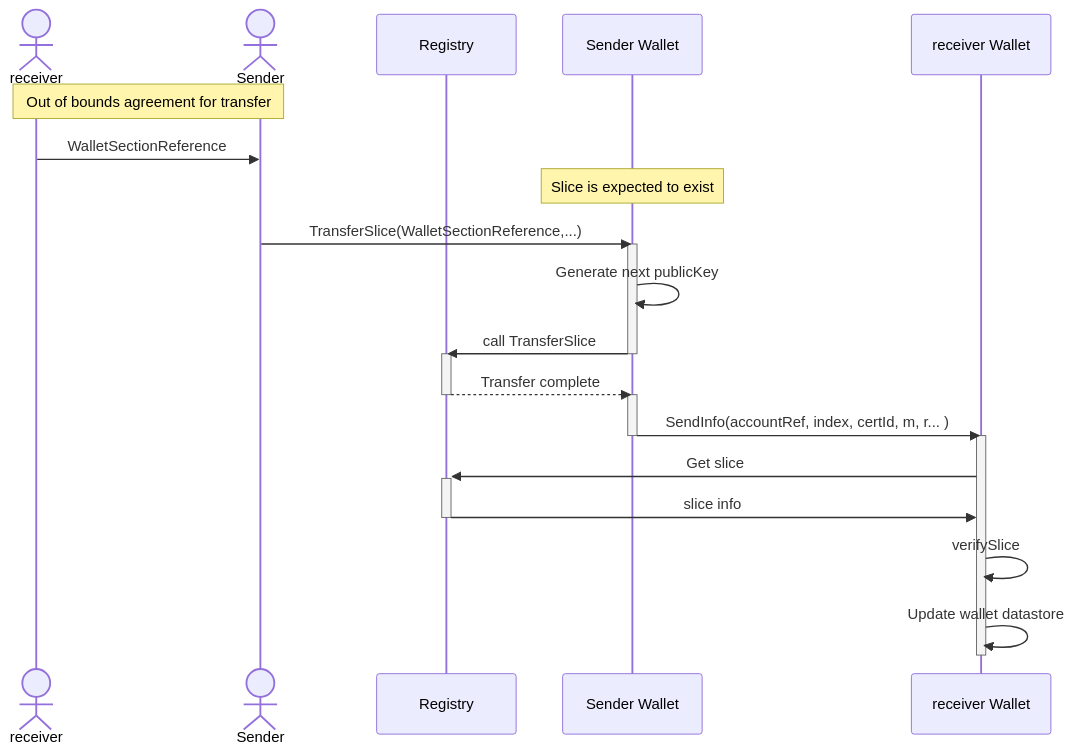
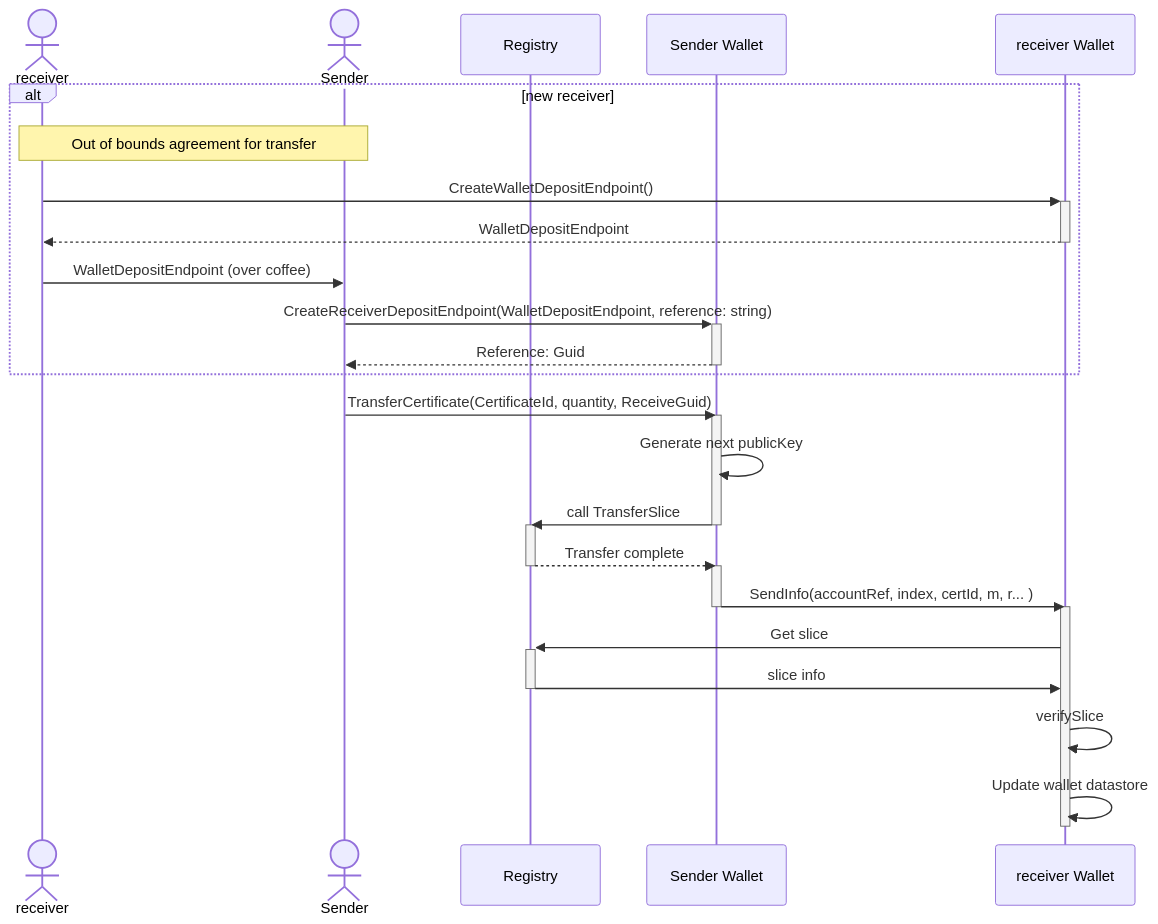
One commit to project-origin/wallet changed the diagram in doc/api/transfer.md. Above: the diagram before and after it, drawn with Mermaid. The commit also changed other lines of this file, not shown here.

Commit message:
updated flow diagram

````diff
--- a/doc/api/transfer.md
+++ b/doc/api/transfer.md
@@ -3,34 +5,43 @@
 ```mermaid
 sequenceDiagram
     actor receiver as receiver
     actor sender as Sender
     participant reg as Registry
     participant senderWallet as Sender Wallet
     participant wallet as receiver Wallet
 
-    Note over sender,receiver: Out of bounds agreement for transfer
-    receiver ->> sender: WalletSectionReference
-    Note over senderWallet: Slice is expected to exist
+    alt new receiver
+        Note over sender,receiver: Out of bounds agreement for transfer
 
-    sender ->> senderWallet: TransferSlice(WalletSectionReference,...)
+        receiver ->>+ wallet: CreateWalletDepositEndpoint()
+        wallet -->>- receiver: WalletDepositEndpoint
+
+        receiver ->> sender: WalletDepositEndpoint (over coffee)
+
+        sender ->>+ senderWallet: CreateReceiverDepositEndpoint(WalletDepositEndpoint, reference: string)
+
+        senderWallet -->>- sender: Reference: Guid
+    end
+
+    sender ->> senderWallet: TransferCertificate(CertificateId, quantity, ReceiveGuid)
 
     activate senderWallet
     senderWallet ->> senderWallet: Generate next publicKey
     senderWallet ->> reg: call TransferSlice
     deactivate senderWallet
 
     activate reg
     reg -->> senderWallet: Transfer complete
     deactivate reg
 
     activate senderWallet
     senderWallet->> wallet: SendInfo(accountRef, index, certId, m, r... )
     deactivate senderWallet
 
     activate wallet
     wallet ->>+ reg: Get slice
     reg ->>- wallet: slice info
     wallet ->> wallet: verifySlice
     wallet ->> wallet: Update wallet datastore
     deactivate wallet
 ```
````
